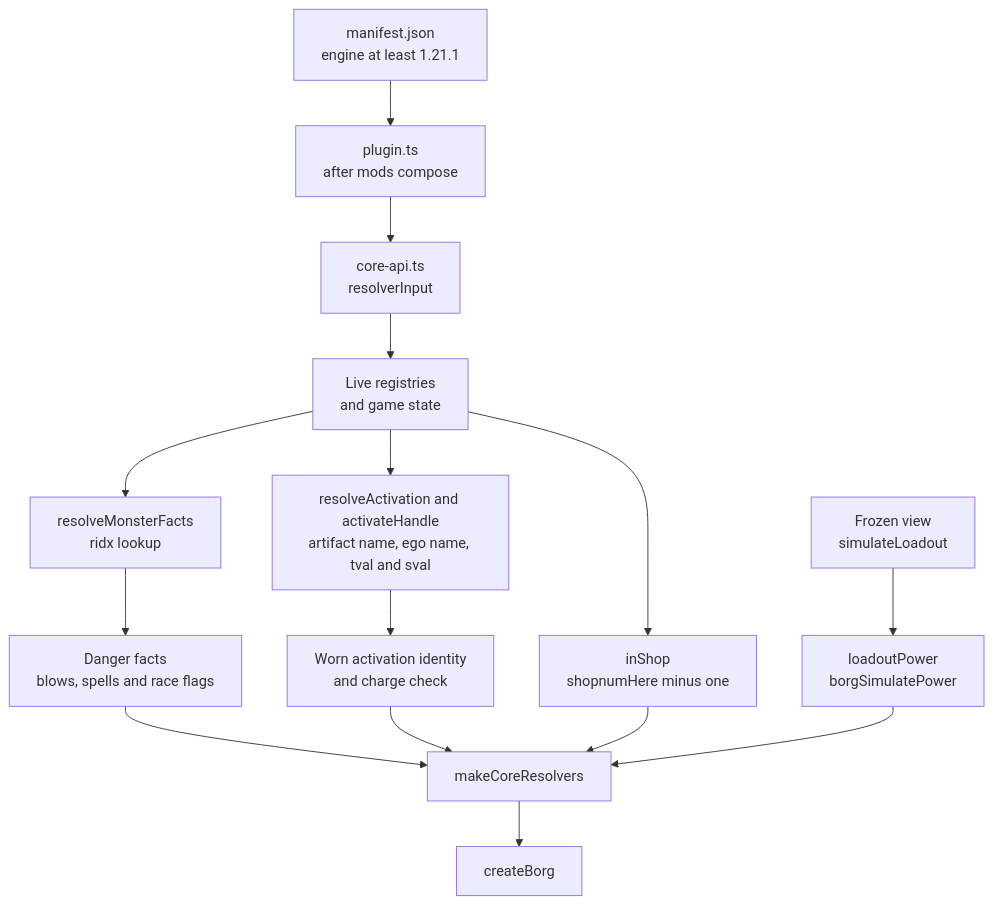
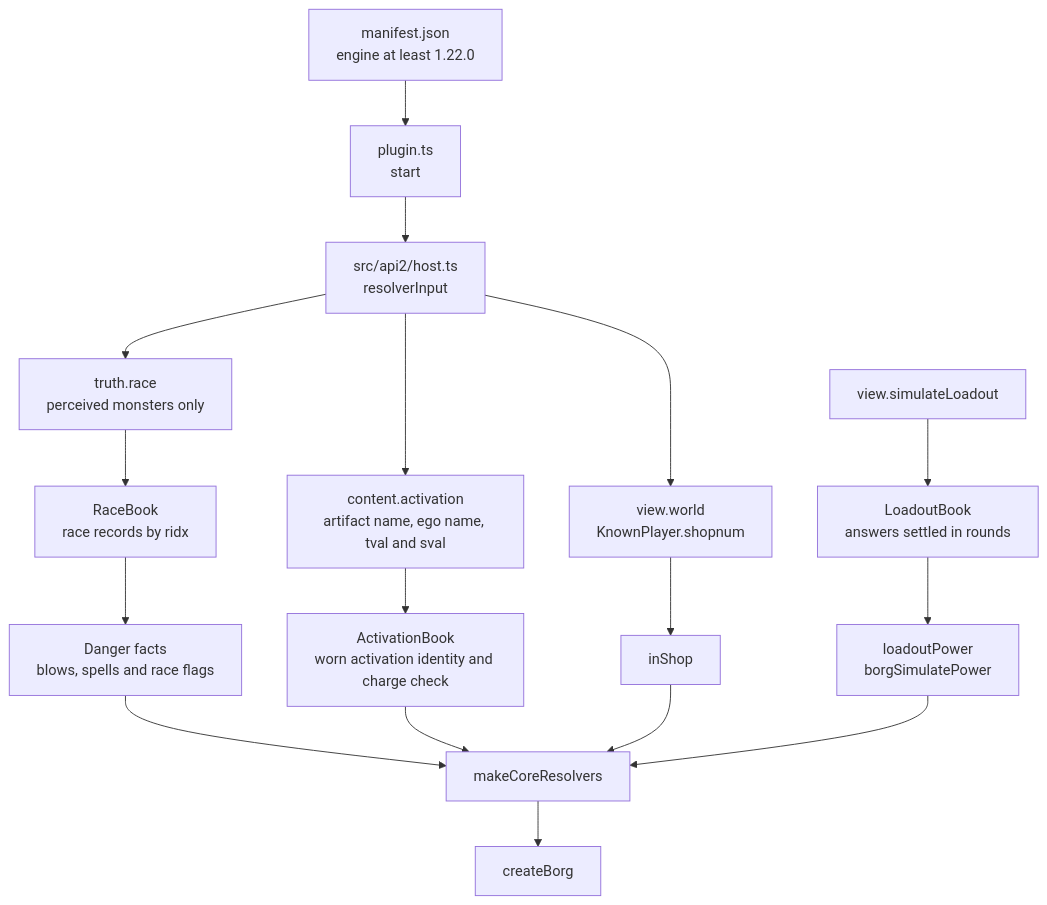
Before and after one commit to neostryder/neo-angband-mod-borg: the second of 4 diagrams in README.md, drawn with Mermaid. The commit also changed other lines of this file and 35 other files, not shown here.

First line of the commit message:
Run the Borg on mod API 2

````diff
--- a/README.md
+++ b/README.md
@@ -61,17 +61,19 @@
 ```mermaid
 flowchart TD
-  PLUGIN["plugin.ts<br/>after mods compose"] --> EDGE["core-api.ts<br/>resolverInput"]
-  EDGE --> REG["Live registries<br/>and game state"]
-  REG --> FACTS["resolveMonsterFacts<br/>ridx lookup"]
-  FACTS --> DANGER["Danger facts<br/>blows, spells and race flags"]
-  REG --> ACT["resolveActivation and activateHandle<br/>artifact name, ego name, tval and sval"]
-  ACT --> WORN["Worn activation identity<br/>and charge check"]
-  REG --> SHOP["inShop<br/>shopnumHere minus one"]
-  VIEW["Frozen view<br/>simulateLoadout"] --> POWER["loadoutPower<br/>borgSimulatePower"]
+  PLUGIN["plugin.ts<br/>start"] --> BRIDGE["src/api2/host.ts<br/>resolverInput"]
+  BRIDGE --> TRUTH["truth.race<br/>perceived monsters only"]
+  TRUTH --> RACES["RaceBook<br/>race records by ridx"]
+  RACES --> DANGER["Danger facts<br/>blows, spells and race flags"]
+  BRIDGE --> CONTENT["content.activation<br/>artifact name, ego name, tval and sval"]
+  CONTENT --> WORN["ActivationBook<br/>worn activation identity and charge check"]
+  BRIDGE --> KNOWN["view.world<br/>KnownPlayer.shopnum"]
+  KNOWN --> SHOP["inShop"]
+  VIEW["view.simulateLoadout"] --> LOADOUT["LoadoutBook<br/>answers settled in rounds"]
+  LOADOUT --> POWER["loadoutPower<br/>borgSimulatePower"]
   DANGER --> RES["makeCoreResolvers"]
   WORN --> RES
   SHOP --> RES
   POWER --> RES
   RES --> BORG["createBorg"]
-  FLOOR["manifest.json<br/>engine at least 1.21.1"] --> PLUGIN
+  FLOOR["manifest.json<br/>engine at least 1.22.0"] --> PLUGIN
 ```
````
